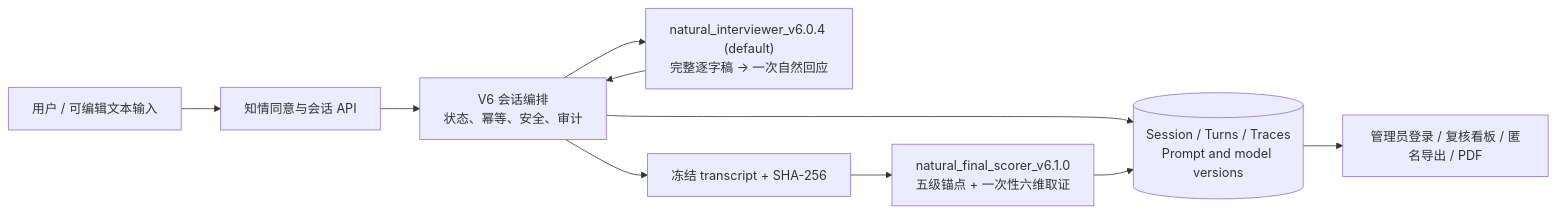
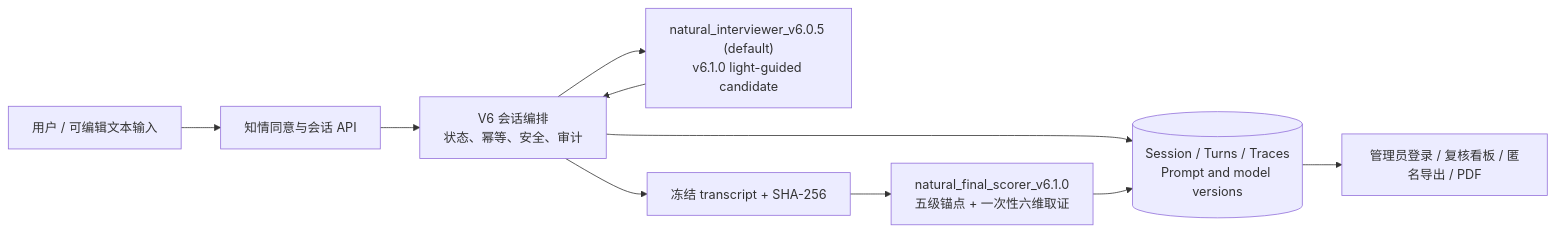
Before and after one commit to aBcDd-zm/critical-thinking-assessment-v6: the first of 2 diagrams in docs/ARCHITECTURE.md, drawn with Mermaid. The commit also changed other lines of this file and 17 other files, not shown here.

Commit message:
feat(v6): add light-guided interview v6.1.0

````diff
--- a/docs/ARCHITECTURE.md
+++ b/docs/ARCHITECTURE.md
@@ -5,12 +5,12 @@
 ```mermaid
 flowchart LR
     U["用户 / 可编辑文本输入"] --> C["知情同意与会话 API"]
     C --> S["V6 会话编排\n状态、幂等、安全、审计"]
-    S --> I["natural_interviewer_v6.0.4 (default)\n完整逐字稿 → 一次自然回应"]
+    S --> I["natural_interviewer_v6.0.5 (default)\nv6.1.0 light-guided candidate"]
     I --> S
     S --> D[("Session / Turns / Traces\nPrompt and model versions")]
     S --> F["冻结 transcript + SHA-256"]
     F --> R["natural_final_scorer_v6.1.0\n五级锚点 + 一次性六维取证"]
     R --> D
     D --> A["管理员登录 / 复核看板 / 匿名导出 / PDF"]
 ```
````
